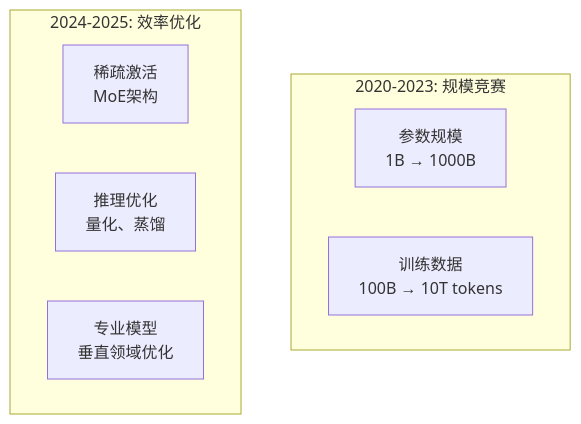
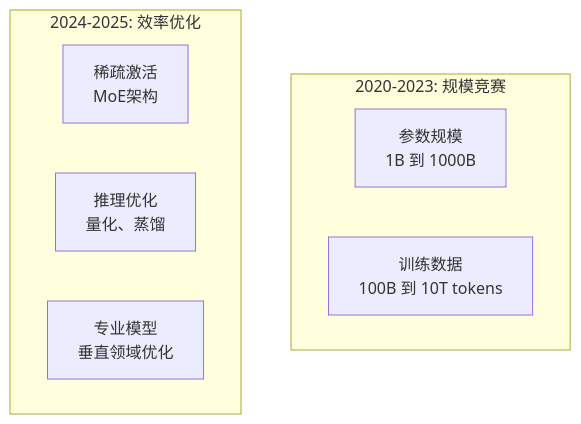
Before and after one commit to Xunzhuo/mini-sglang: diagram 16 of 19 in learning/website/docs/basics/02-language-model-history.md, drawn with Mermaid. The commit also changed 6 other files, not shown here.

````diff
--- a/learning/website/docs/basics/02-language-model-history.md
+++ b/learning/website/docs/basics/02-language-model-history.md
@@ -439,13 +439,13 @@
 ```mermaid
 graph TB
     subgraph 2020-2023: 规模竞赛
-        S1[参数规模<br/>1B → 1000B]
-        S2[训练数据<br/>100B → 10T tokens]
+        S1[参数规模<br/>1B 到 1000B]
+        S2[训练数据<br/>100B 到 10T tokens]
     end
-    
+
     subgraph 2024-2025: 效率优化
         E1[稀疏激活<br/>MoE架构]
         E2[推理优化<br/>量化、蒸馏]
         E3[专业模型<br/>垂直领域优化]
     end
 ```
````
